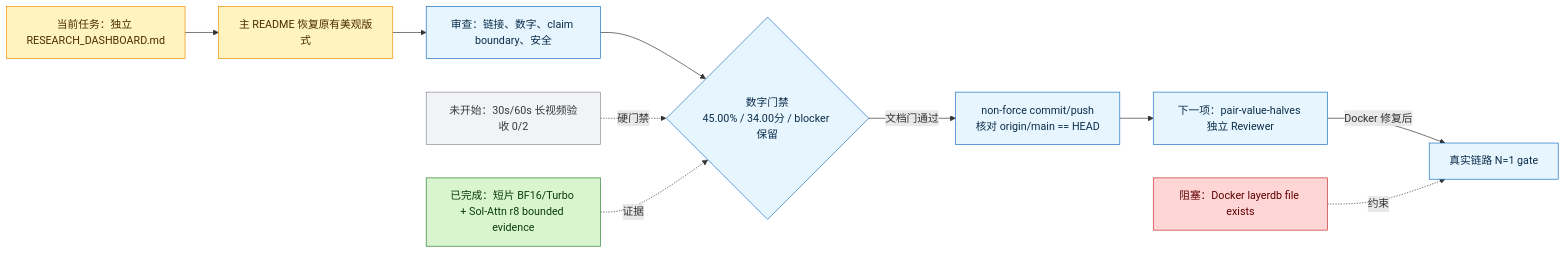
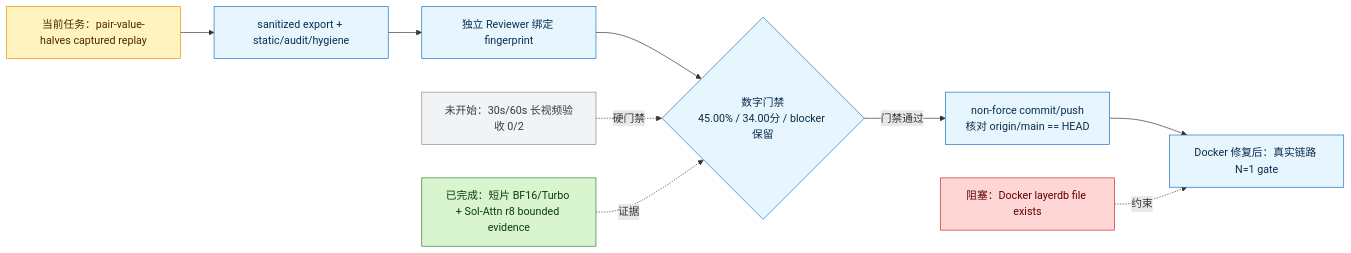
Before and after one commit to Argus-AiTeam/minimax-h3-desktop: the diagram in RESEARCH_DASHBOARD.md, drawn with Mermaid. The commit also changed other lines of this file and 21 other files, not shown here.

````diff
--- a/RESEARCH_DASHBOARD.md
+++ b/RESEARCH_DASHBOARD.md
@@ -74,20 +73,19 @@
 ```mermaid
 flowchart LR
-    A[当前任务：独立 RESEARCH_DASHBOARD.md]:::current --> B[主 README 恢复原有美观版式]:::current
-    B --> C[审查：链接、数字、claim boundary、安全]:::pending
+    A[当前任务：pair-value-halves captured replay]:::current --> B[sanitized export + static/audit/hygiene]:::pending
+    B --> C[独立 Reviewer 绑定 fingerprint]:::pending
     C --> D{数字门禁
 45.00% / 34.00分 / blocker 保留}:::pending
-    D -->|文档门通过| E[non-force commit/push
+    D -->|门禁通过| E[non-force commit/push
 核对 origin/main == HEAD]:::pending
-    E --> F[下一项：pair-value-halves 独立 Reviewer]:::pending
-    F -->|Docker 修复后| G[真实链路 N=1 gate]:::pending
+    E --> G[Docker 修复后：真实链路 N=1 gate]:::pending
     X[阻塞：Docker layerdb file exists]:::blocked -.约束.-> G
     H[未开始：30s/60s 长视频验收 0/2]:::notstart -.硬门禁.-> D
     S[已完成：短片 BF16/Turbo + Sol-Attn r8 bounded evidence]:::done -.证据.-> D
 
     classDef done fill:#d8f5d0,stroke:#2e7d32,color:#0b3d0b;
     classDef current fill:#fff3bf,stroke:#f08c00,color:#4a2b00;
     classDef blocked fill:#ffd6d6,stroke:#c92a2a,color:#5f0000;
     classDef notstart fill:#f1f3f5,stroke:#868e96,color:#343a40;
     classDef pending fill:#e7f5ff,stroke:#1971c2,color:#0b2e4a;
 ```
````
